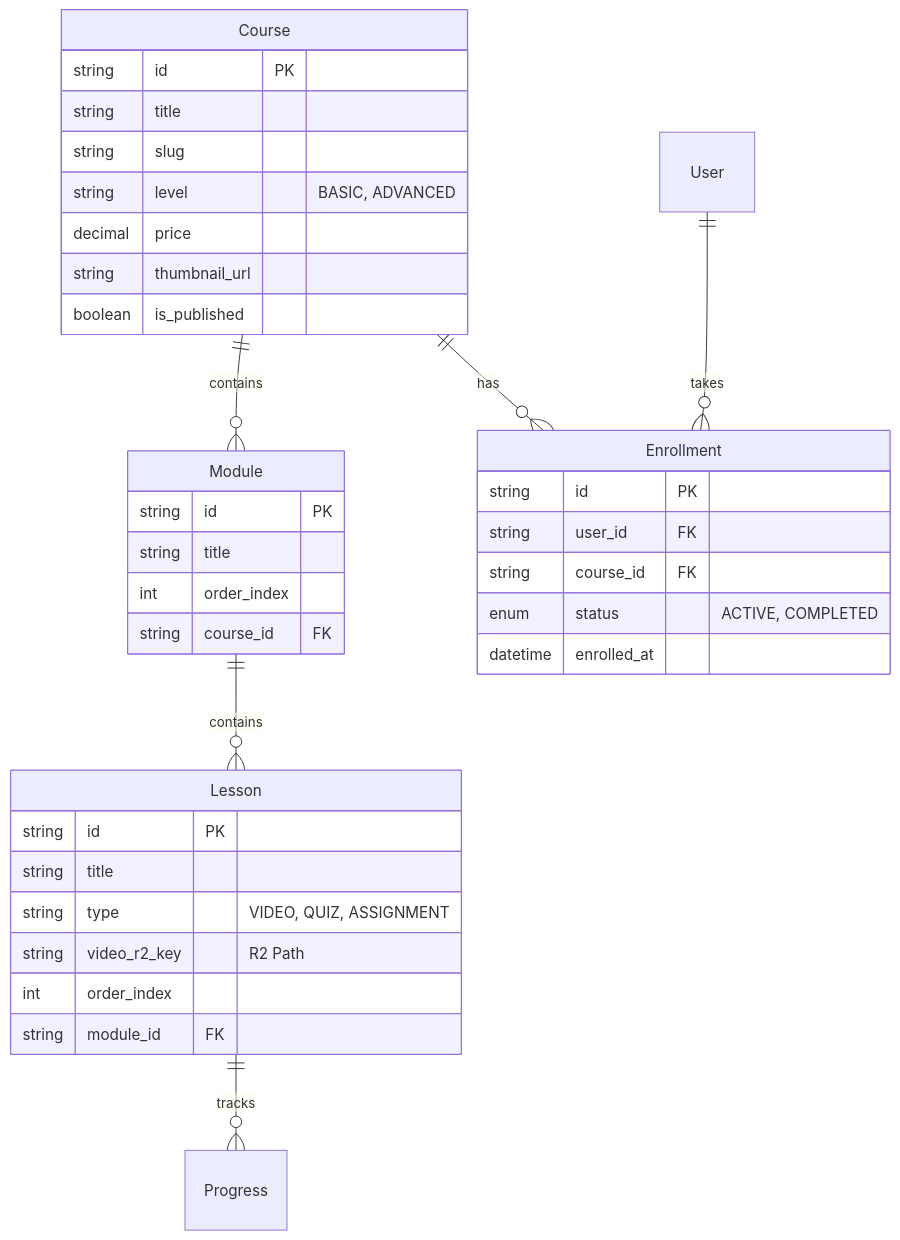
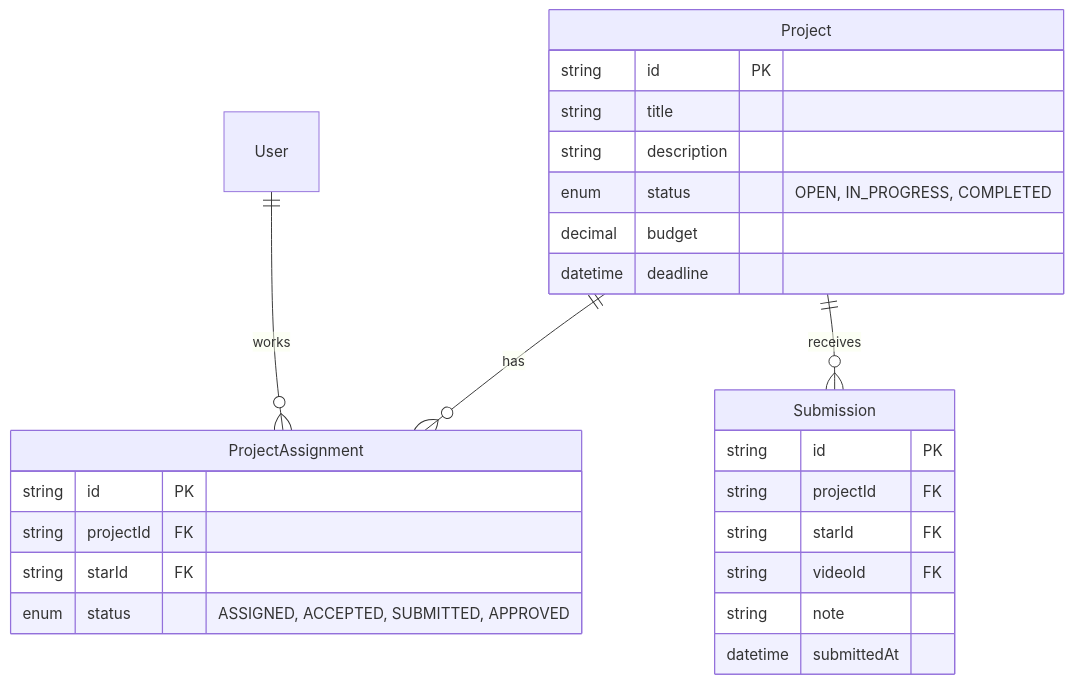
The third of 4 diagrams in docs/02-architecture/DATABASE_SCHEMA.md (hamkkebom/Ask-the-Stars), drawn with Mermaid before and after one commit. The commit also changed other lines of this file and 422 other files, not shown here.

````diff
--- a/docs/02-architecture/DATABASE_SCHEMA.md
+++ b/docs/02-architecture/DATABASE_SCHEMA.md
@@ -18,39 +83,29 @@
 ```mermaid
 erDiagram
-    Course ||--o{ Module : contains
-    Module ||--o{ Lesson : contains
-    Course ||--o{ Enrollment : has
-    User ||--o{ Enrollment : takes
-    Lesson ||--o{ Progress : tracks
+    Project ||--o{ ProjectAssignment : has
+    Project ||--o{ Submission : receives
+    User ||--o{ ProjectAssignment : works
 
-    Course {
+    Project {
         string id PK
         string title
-        string slug
-        string level "BASIC, ADVANCED"
-        decimal price
-        string thumbnail_url
-        boolean is_published
+        string description
+        enum status "OPEN, IN_PROGRESS, COMPLETED"
+        decimal budget
+        datetime deadline
     }
-    Module {
+    ProjectAssignment {
         string id PK
-        string title
-        int order_index
-        string course_id FK
+        string projectId FK
+        string starId FK
+        enum status "ASSIGNED, ACCEPTED, SUBMITTED, APPROVED"
     }
-    Lesson {
+    Submission {
         string id PK
-        string title
-        string type "VIDEO, QUIZ, ASSIGNMENT"
-        string video_r2_key "R2 Path"
-        int order_index
-        string module_id FK
-    }
-    Enrollment {
-        string id PK
-        string user_id FK
-        string course_id FK
-        enum status "ACTIVE, COMPLETED"
-        datetime enrolled_at
+        string projectId FK
+        string starId FK
+        string videoId FK
+        string note
+        datetime submittedAt
     }
 ```
````
